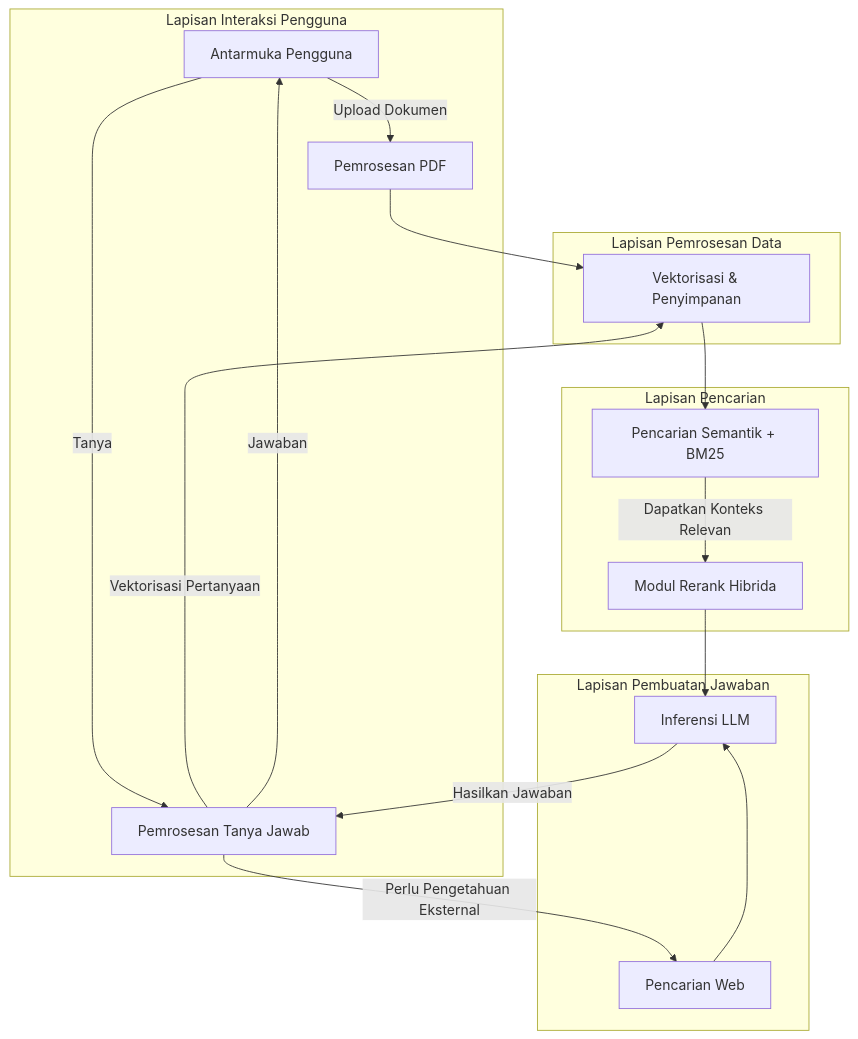
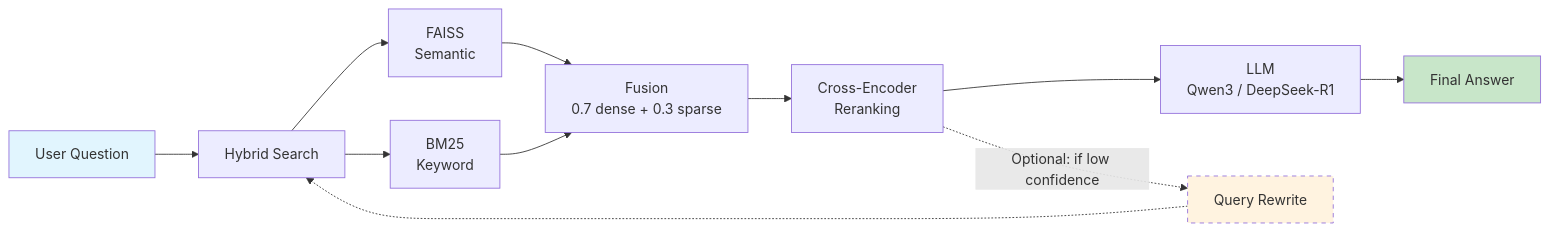
One commit to aqilamuzafa917/Local_Pdf_Chat_RAG changed the third of 3 diagrams in readme.md. Above: the diagram before and after it, drawn with Mermaid. The commit also changed other lines of this file, not shown here.

````diff
--- a/readme.md
+++ b/readme.md
@@ -63,26 +137,18 @@
 ```mermaid
-graph TD
-    subgraph "Lapisan Interaksi Pengguna"
-        A[Antarmuka Pengguna] --> |Upload Dokumen| B[Pemrosesan PDF]
-        A --> |Tanya| C[Pemrosesan Tanya Jawab]
-    end
+graph LR
+    A[User Question] --> B[Hybrid Search]
+    B --> C[FAISS<br>Semantic]
+    B --> D[BM25<br>Keyword]
+    C --> E[Fusion<br>0.7 dense + 0.3 sparse]
+    D --> E
+    E --> F[Cross-Encoder<br>Reranking]
+    F --> G[LLM<br>Qwen3 / DeepSeek-R1]
+    G --> H[Final Answer]
 
-    subgraph "Lapisan Pemrosesan Data"
-        B --> D[Vektorisasi & Penyimpanan]
-        C --> |Vektorisasi Pertanyaan| D
-    end
+    F -.->|Optional: if low confidence| I[Query Rewrite]
+    I -.-> B
 
-    subgraph "Lapisan Pencarian"
-        D --> E[Pencarian Semantik + BM25]
-        E --> |Dapatkan Konteks Relevan| F[Modul Rerank Hibrida]
-    end
-
-    subgraph "Lapisan Pembuatan Jawaban"
-        C --> |Perlu Pengetahuan Eksternal| G[Pencarian Web]
-        F --> H[Inferensi LLM]
-        G --> H
-        H --> |Hasilkan Jawaban| C
-    end
-
-    C --> |Jawaban| A
+    style A fill:#e1f5fe
+    style H fill:#c8e6c9
+    style I fill:#fff3e0,stroke-dasharray: 5 5
 ```
````
